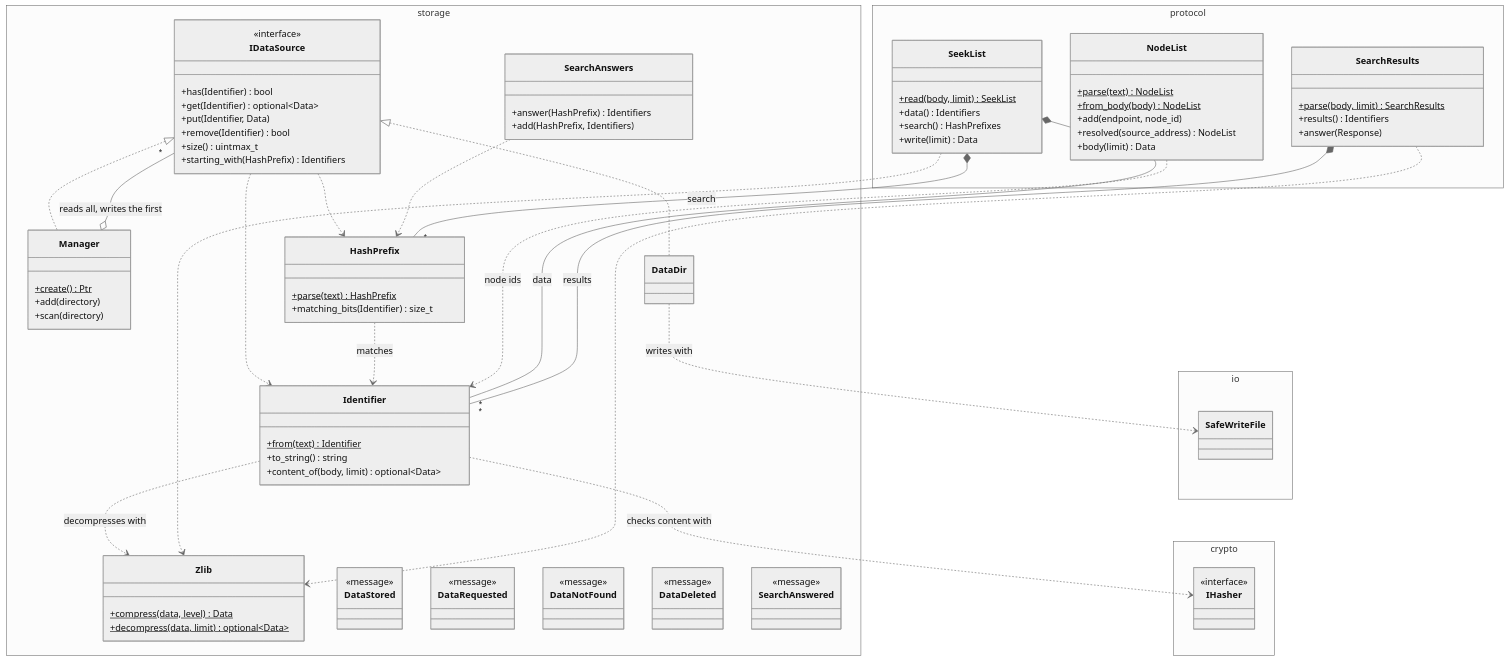
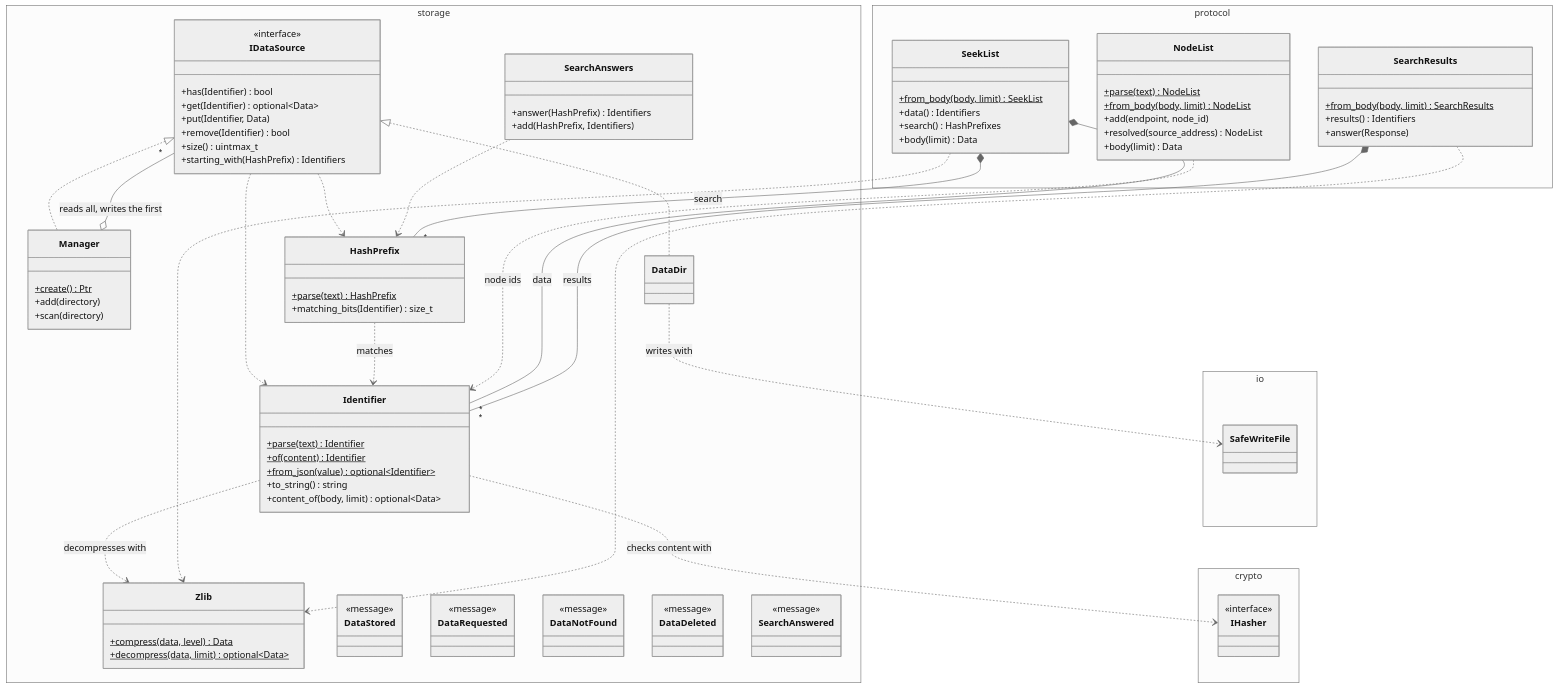
One commit to marcpage/libranet changed the fifth of 17 diagrams in cpp/docs/Overview.md. Above: the diagram before and after it, drawn with Mermaid (neutral theme). The commit also changed other lines of this file and 2 other files, not shown here.

```diff
--- a/cpp/docs/Overview.md
+++ b/cpp/docs/Overview.md
@@ -463,7 +508,9 @@
         }
         class DataDir
         class Identifier {
-            +from(text)$ Identifier
+            +parse(text)$ Identifier
+            +of(content)$ Identifier
+            +from_json(value)$ optional~Identifier~
             +to_string() string
             +content_of(body, limit) optional~Data~
         }
@@ -498,19 +545,19 @@
     namespace protocol {
         class NodeList {
             +parse(text)$ NodeList
-            +from_body(body)$ NodeList
+            +from_body(body, limit)$ NodeList
             +add(endpoint, node_id)
             +resolved(source_address) NodeList
             +body(limit) Data
         }
         class SeekList {
-            +read(body, limit)$ SeekList
+            +from_body(body, limit)$ SeekList
             +data() Identifiers
             +search() HashPrefixes
-            +write(limit) Data
+            +body(limit) Data
         }
         class SearchResults {
-            +parse(body, limit)$ SearchResults
+            +from_body(body, limit)$ SearchResults
             +results() Identifiers
             +answer(Response)
         }
```
